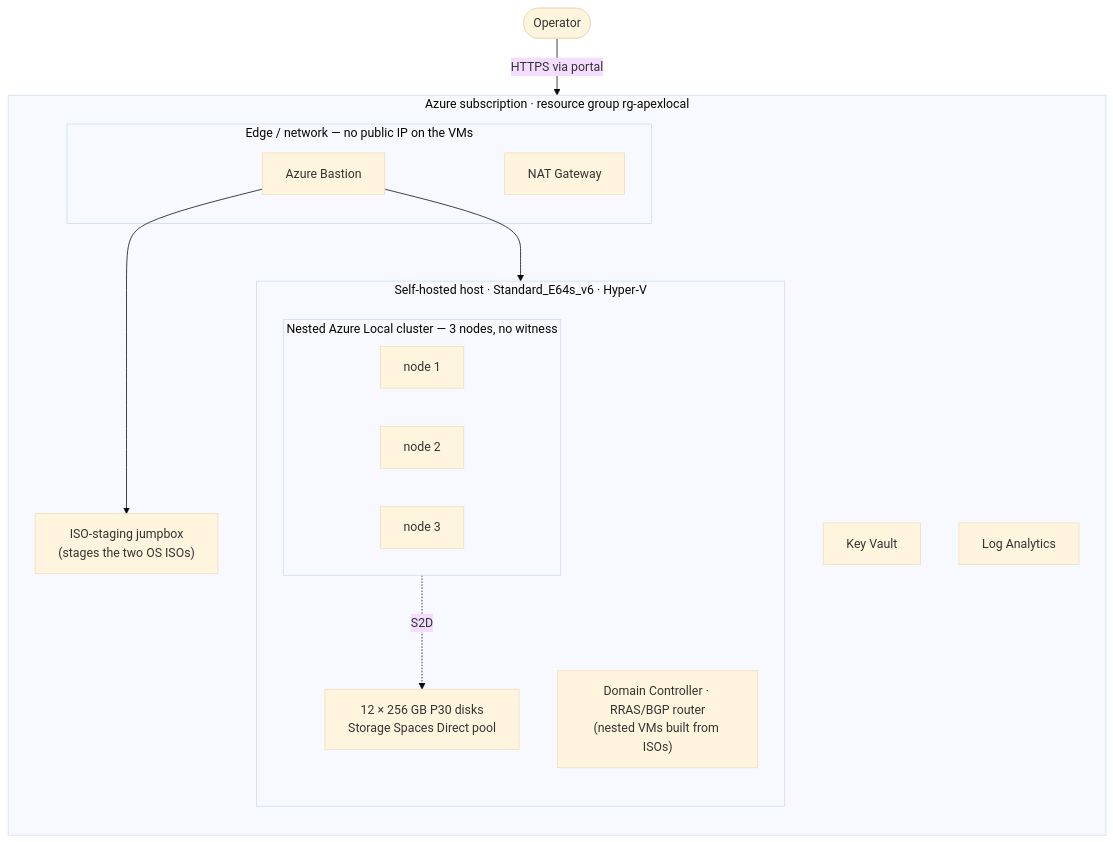
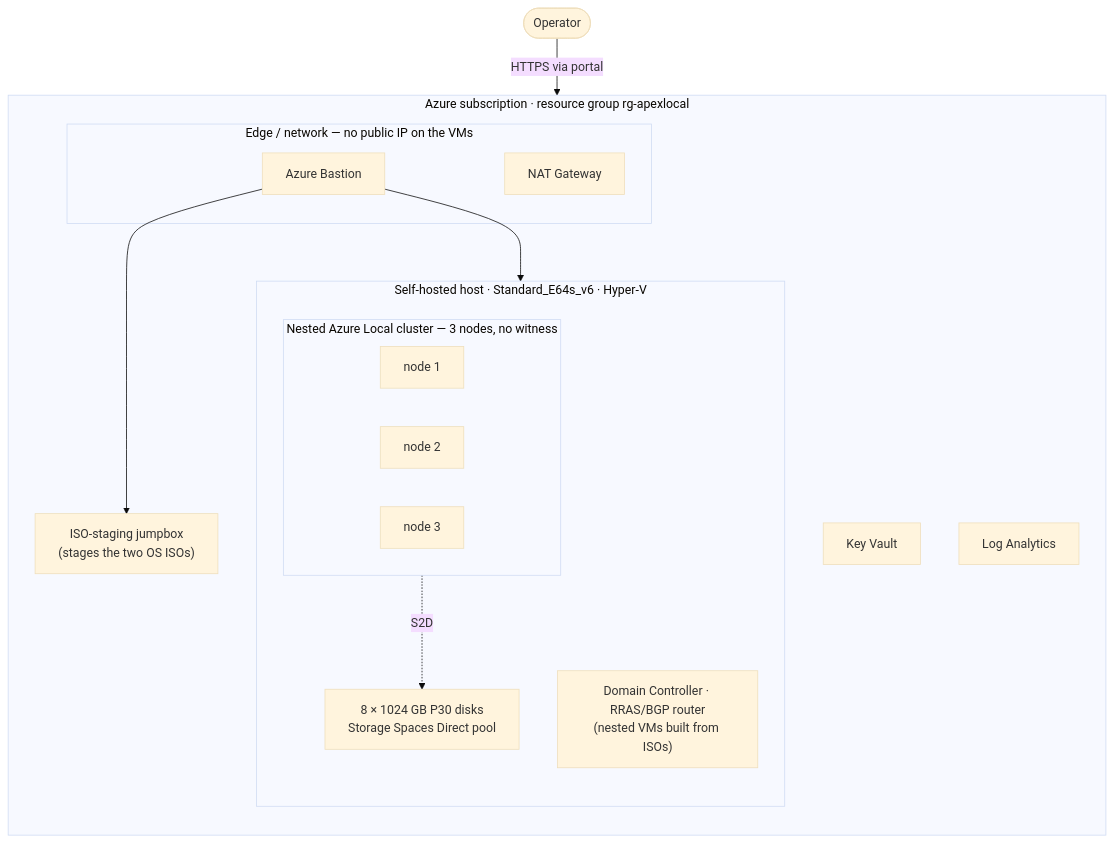
Before and after one commit to jonathan-vella/apex-localops: the diagram in docs/README.md, drawn with Mermaid (base theme). The commit also changed 9 other files, not shown here.

````diff
--- a/docs/README.md
+++ b/docs/README.md
@@ -39,34 +39,34 @@
 ```mermaid
 flowchart TB
     User(["Operator"])
 
     subgraph RG["Azure subscription · resource group rg-apexlocal"]
         direction TB
 
         subgraph Edge["Edge / network — no public IP on the VMs"]
             Bastion["Azure Bastion"]
             NAT["NAT Gateway"]
         end
 
         KV["Key Vault"]
         LAW["Log Analytics"]
         Jump["ISO-staging jumpbox<br/>(stages the two OS ISOs)"]
 
         subgraph Host["Self-hosted host · Standard_E64s_v6 · Hyper-V"]
             direction TB
             subgraph Cluster["Nested Azure Local cluster — 3 nodes, no witness"]
                 direction LR
                 H1["node 1"]
                 H2["node 2"]
                 H3["node 3"]
             end
             Mgmt["Domain Controller · RRAS/BGP router<br/>(nested VMs built from ISOs)"]
-            Pool["12 × 256 GB P30 disks<br/>Storage Spaces Direct pool"]
+            Pool["8 × 1024 GB P30 disks<br/>Storage Spaces Direct pool"]
         end
     end
 
     User -->|HTTPS via portal| Bastion
     Bastion --> Host
     Bastion --> Jump
     Cluster -. S2D .-> Pool
 ```
````
